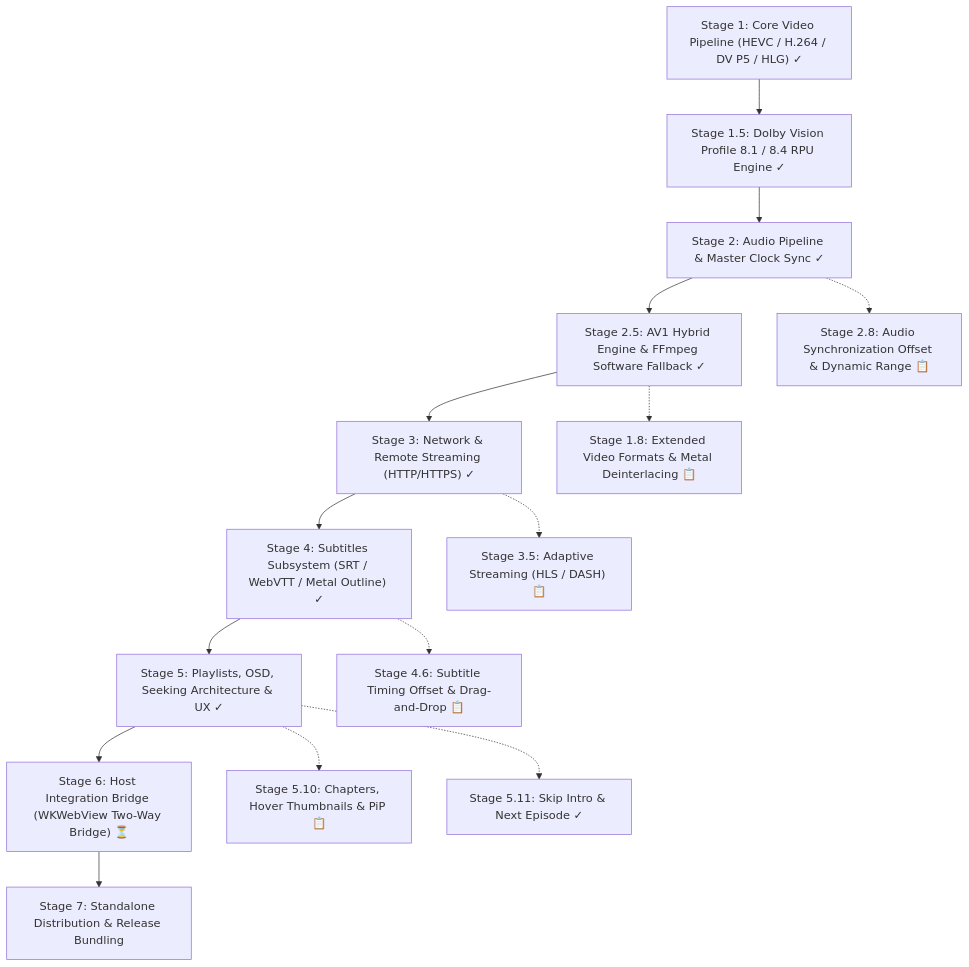
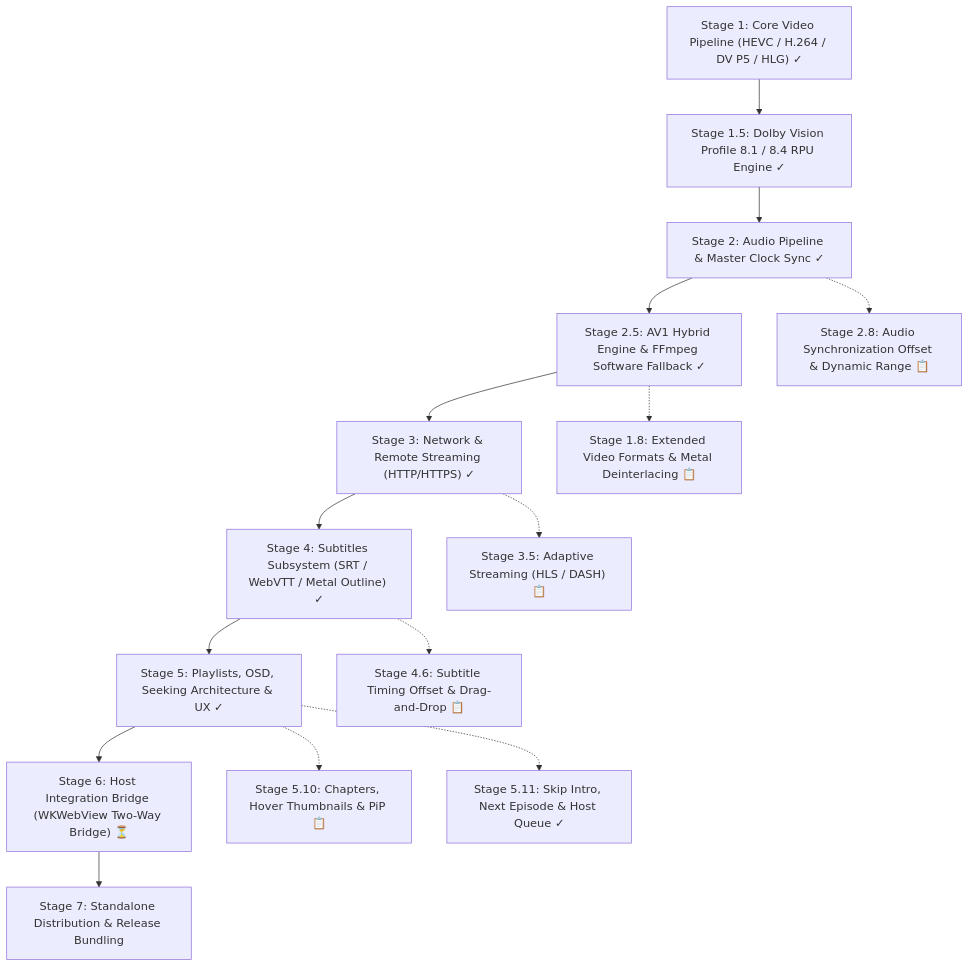
Before and after one commit to ghotriw/nits: the diagram in docs/ROADMAP.md, drawn with Mermaid. The commit also changed other lines of this file and 2 other files, not shown here.

Commit message:
docs: media server client API in README and roadmap, fix log viewer examples

````diff
--- a/docs/ROADMAP.md
+++ b/docs/ROADMAP.md
@@ -24,18 +24,18 @@
 ```mermaid
 flowchart TD
     M1["Stage 1: Core Video Pipeline (HEVC / H.264 / DV P5 / HLG) ✓"] --> M15["Stage 1.5: Dolby Vision Profile 8.1 / 8.4 RPU Engine ✓"]
     M15 --> M2["Stage 2: Audio Pipeline & Master Clock Sync ✓"]
     M2 --> M25["Stage 2.5: AV1 Hybrid Engine & FFmpeg Software Fallback ✓"]
     M25 --> M3["Stage 3: Network & Remote Streaming (HTTP/HTTPS) ✓"]
     M3 --> M4["Stage 4: Subtitles Subsystem (SRT / WebVTT / Metal Outline) ✓"]
     M4 --> M5["Stage 5: Playlists, OSD, Seeking Architecture & UX ✓"]
     M5 --> M6["Stage 6: Host Integration Bridge (WKWebView Two-Way Bridge) ⏳"]
     M6 --> M7["Stage 7: Standalone Distribution & Release Bundling"]
     
     M25 -.-> M1X["Stage 1.8: Extended Video Formats & Metal Deinterlacing 📋"]
     M2 -.-> M2X["Stage 2.8: Audio Synchronization Offset & Dynamic Range 📋"]
     M3 -.-> M3X["Stage 3.5: Adaptive Streaming (HLS / DASH) 📋"]
     M4 -.-> M4X["Stage 4.6: Subtitle Timing Offset & Drag-and-Drop 📋"]
     M5 -.-> M5X["Stage 5.10: Chapters, Hover Thumbnails & PiP 📋"]
-    M5 -.-> M5Y["Stage 5.11: Skip Intro & Next Episode ✓"]
+    M5 -.-> M5Y["Stage 5.11: Skip Intro, Next Episode & Host Queue ✓"]
 ```
````
